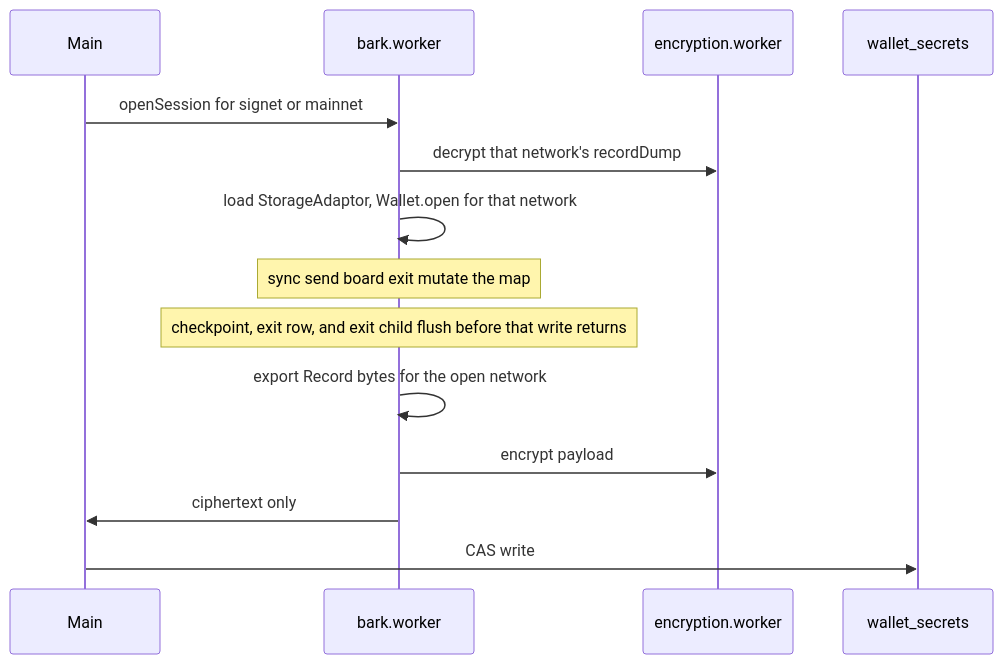
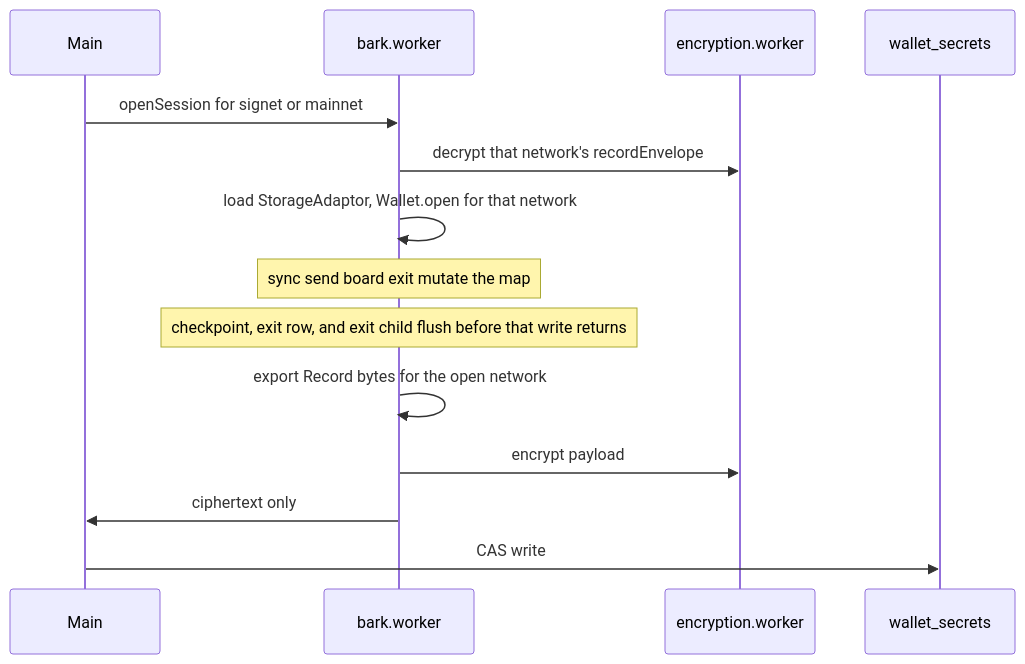
The diagram in docs/persistence/bark.md (Radivis/bitboard-pwa-wallet), drawn with Mermaid before and after one commit. The commit also changed other lines of this file and 26 other files, not shown here.

Commit message:
Rename: BarkRecordDump -> BarkRecordEnvelope and related renaming

````diff
--- a/docs/persistence/bark.md
+++ b/docs/persistence/bark.md
@@ -50,19 +52,19 @@
 ```mermaid
 sequenceDiagram
   participant Main
   participant BW as bark.worker
   participant EW as encryption.worker
   participant DB as wallet_secrets
 
   Main->>BW: openSession for signet or mainnet
-  BW->>EW: decrypt that network's recordDump
+  BW->>EW: decrypt that network's recordEnvelope
   BW->>BW: load StorageAdaptor, Wallet.open for that network
 
   Note over BW: sync send board exit mutate the map
   Note over BW: checkpoint, exit row, and exit child flush before that write returns
 
   BW->>BW: export Record bytes for the open network
   BW->>EW: encrypt payload
   BW->>Main: ciphertext only
   Main->>DB: CAS write
 ```
````
